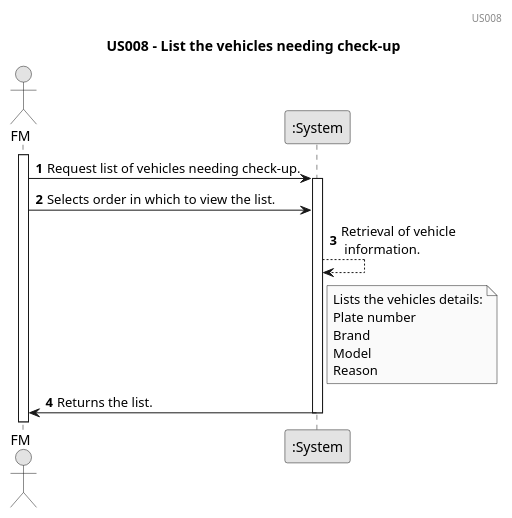
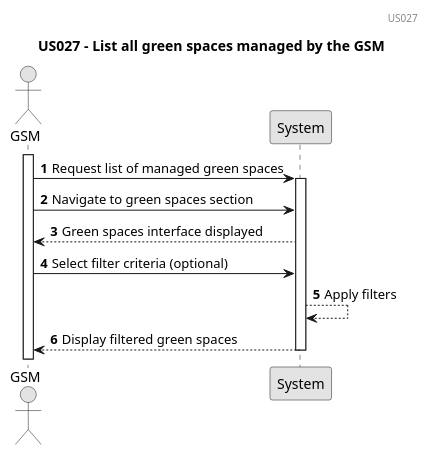
The diagram in docs/sprintC/us027/01.requirements-engineering/puml/us027-sequence_diagram.puml (rpedros02/lei-24-s2-1DL-g08), drawn with PlantUML before and after one commit. The commit also changed 4 other files, not shown here.

```diff
--- a/docs/sprintC/us027/01.requirements-engineering/puml/us027-sequence_diagram.puml
+++ b/docs/sprintC/us027/01.requirements-engineering/puml/us027-sequence_diagram.puml
@@ -1,23 +1,24 @@
 @startuml
 skinparam monochrome true
 skinparam packageStyle rectangle
 skinparam shadowing false
 
-title US008 - List the vehicles needing check-up
-header US008
+title US027 - List all green spaces managed by the GSM
+header US027
 autonumber
 
-actor "FM" as fm
-participant ":System" as System
+actor GSM as GSM
+participant System as System
 
-activate fm
+activate GSM
 
-    fm -> System : Request list of vehicles needing check-up.
-    activate System
-        fm -> System : Selects order in which to view the list.
-        System --> System : Retrieval of vehicle\n information.
-        note right System : Lists the vehicles details:\nPlate number\nBrand\nModel\nReason
-        System -> fm : Returns the list.
-    deactivate System
+GSM -> System: Request list of managed green spaces
+activate System
+    GSM -> System: Navigate to green spaces section
+    System --> GSM: Green spaces interface displayed
+    GSM -> System: Select filter criteria (optional)
+    System --> System: Apply filters
+    System --> GSM: Display filtered green spaces
+deactivate System
 
 @enduml
```
